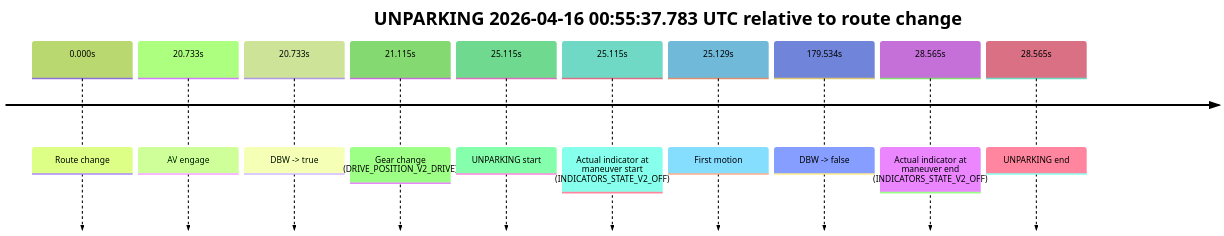
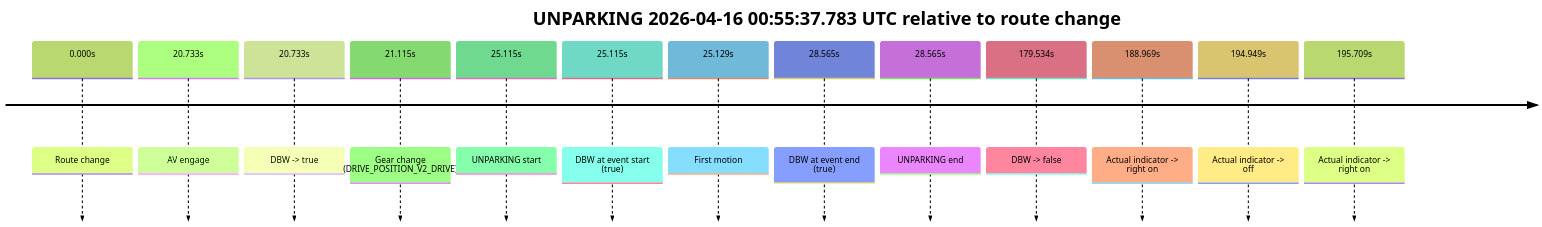
One commit to yoelshapiro/vault changed the diagram in model_analysis/report_cards/2026/04/Week-3/fme10005--2026-04-15--23-23-57--gen2-av-d52b4232-57c2-47e9-9d37-5bff0a9b84b5.md. Above: the diagram before and after it, drawn with Mermaid (forest theme). The commit also changed other lines of this file and 32 other files, not shown here.

````diff
--- a/model_analysis/report_cards/2026/04/Week-3/fme10005--2026-04-15--23-23-57--gen2-av-d52b4232-57c2-47e9-9d37-5bff0a9b84b5.md
+++ b/model_analysis/report_cards/2026/04/Week-3/fme10005--2026-04-15--23-23-57--gen2-av-d52b4232-57c2-47e9-9d37-5bff0a9b84b5.md
@@ -43,14 +46,17 @@
 ```mermaid
 timeline
     title UNPARKING 2026-04-16 00:55:37.783 UTC relative to route change
     0.000s : Route change
     20.733s : AV engage
     20.733s : DBW -> true
     21.115s : Gear change (DRIVE_POSITION_V2_DRIVE)
     25.115s : UNPARKING start
-    25.115s : Actual indicator at maneuver start (INDICATORS_STATE_V2_OFF)
+    25.115s : DBW at event start (true)
     25.129s : First motion
+    28.565s : DBW at event end (true)
+    28.565s : UNPARKING end
     179.534s : DBW -> false
-    28.565s : Actual indicator at maneuver end (INDICATORS_STATE_V2_OFF)
-    28.565s : UNPARKING end
+    188.969s : Actual indicator -> right on
+    194.949s : Actual indicator -> off
+    195.709s : Actual indicator -> right on
 ```
````
